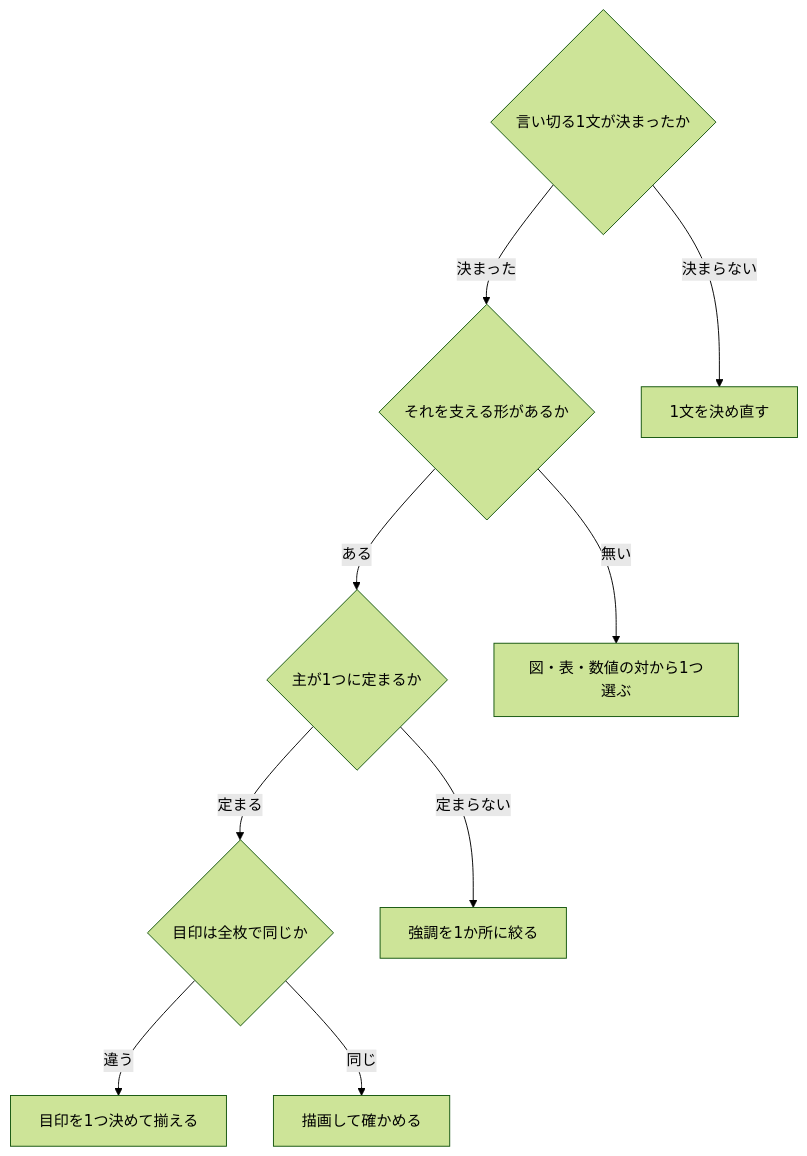
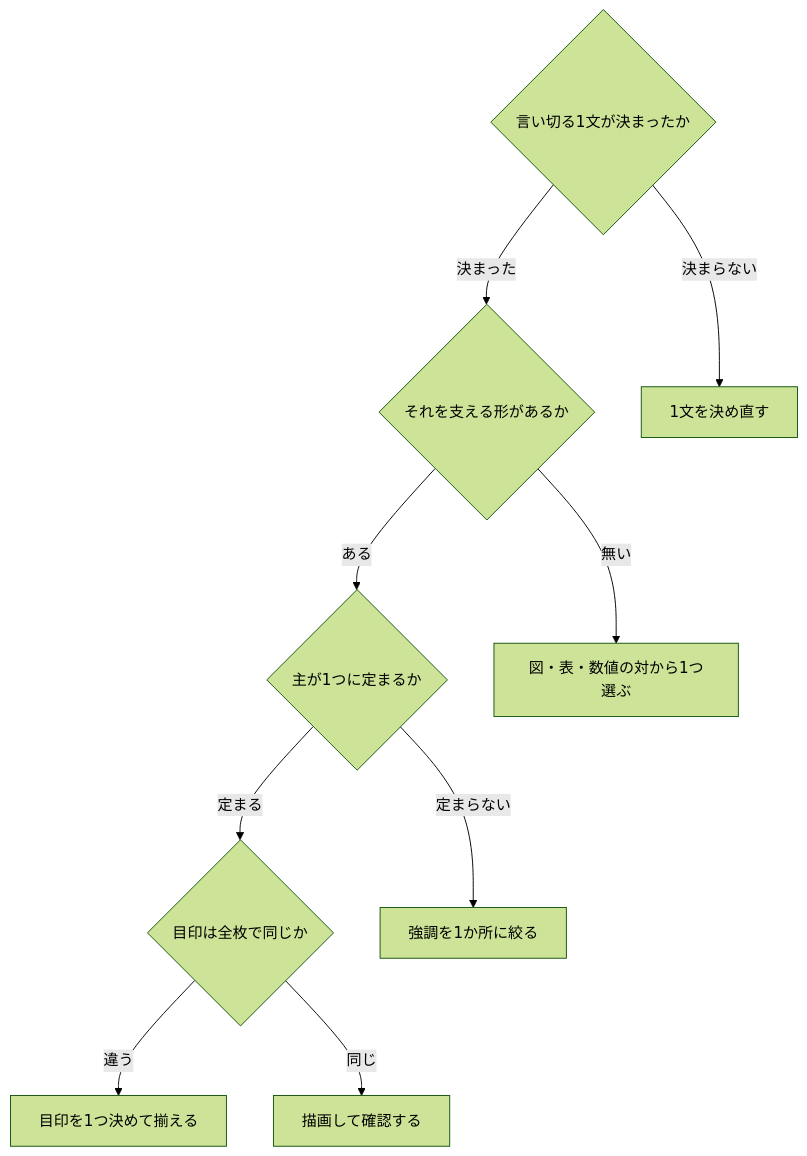
One commit to daidaiiro-519/daidaiiro changed the diagram in .claude/skills/slide-deck/references/knowledge/visual-design-for-slide-decks.md. Above: the diagram before and after it, drawn with Mermaid (forest theme). The commit also changed other lines of this file and 120 other files, not shown here.

````diff
--- a/.claude/skills/slide-deck/references/knowledge/visual-design-for-slide-decks.md
+++ b/.claude/skills/slide-deck/references/knowledge/visual-design-for-slide-decks.md
@@ -155,20 +155,20 @@
 ```mermaid
 flowchart TD
     q1{"言い切る1文が決まったか"}
     q2{"それを支える形があるか"}
     q3{"主が1つに定まるか"}
     q4{"目印は全枚で同じか"}
     a1["1文を決め直す"]
     a2["図・表・数値の対から1つ選ぶ"]
     a3["強調を1か所に絞る"]
     a4["目印を1つ決めて揃える"]
-    a5["描画して確かめる"]
+    a5["描画して確認する"]
     q1 -->|決まらない| a1
     q1 -->|決まった| q2
     q2 -->|無い| a2
     q2 -->|ある| q3
     q3 -->|定まらない| a3
     q3 -->|定まる| q4
     q4 -->|違う| a4
     q4 -->|同じ| a5
 ```
````
